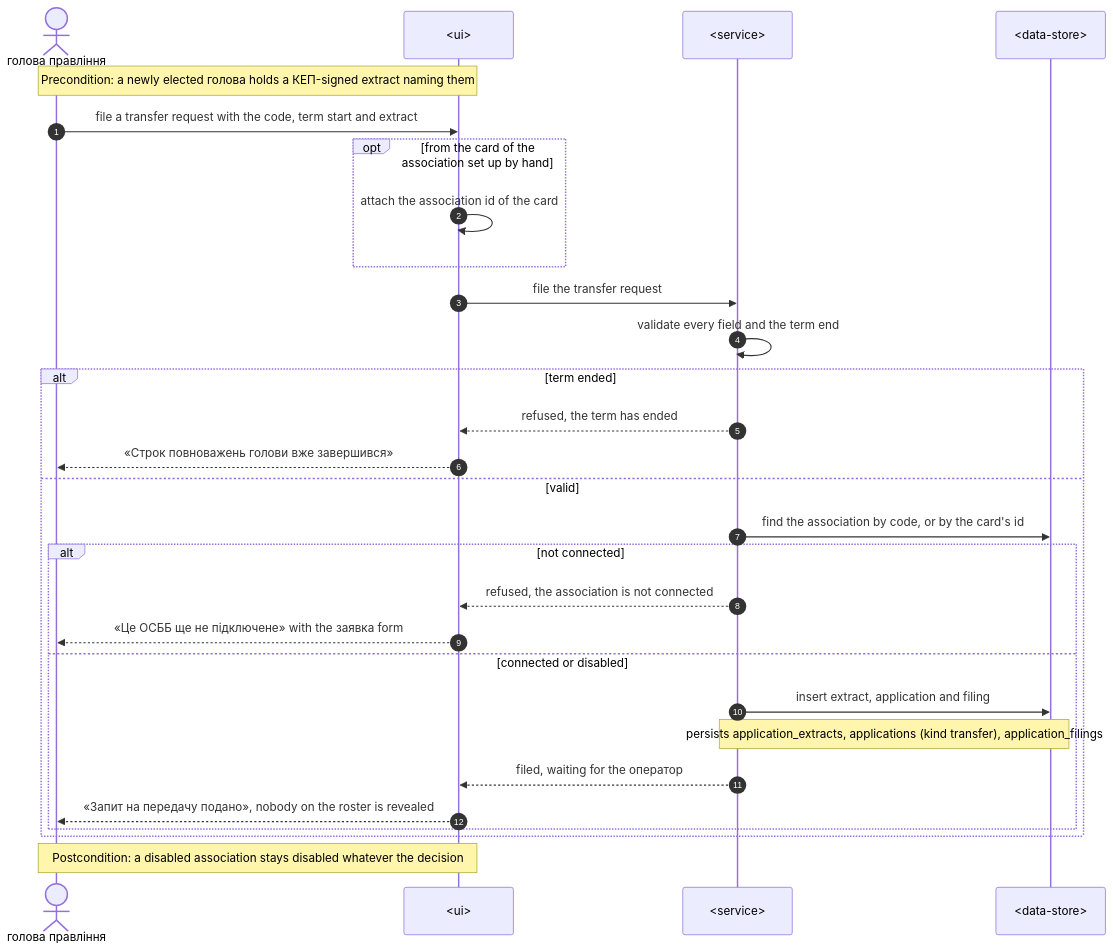
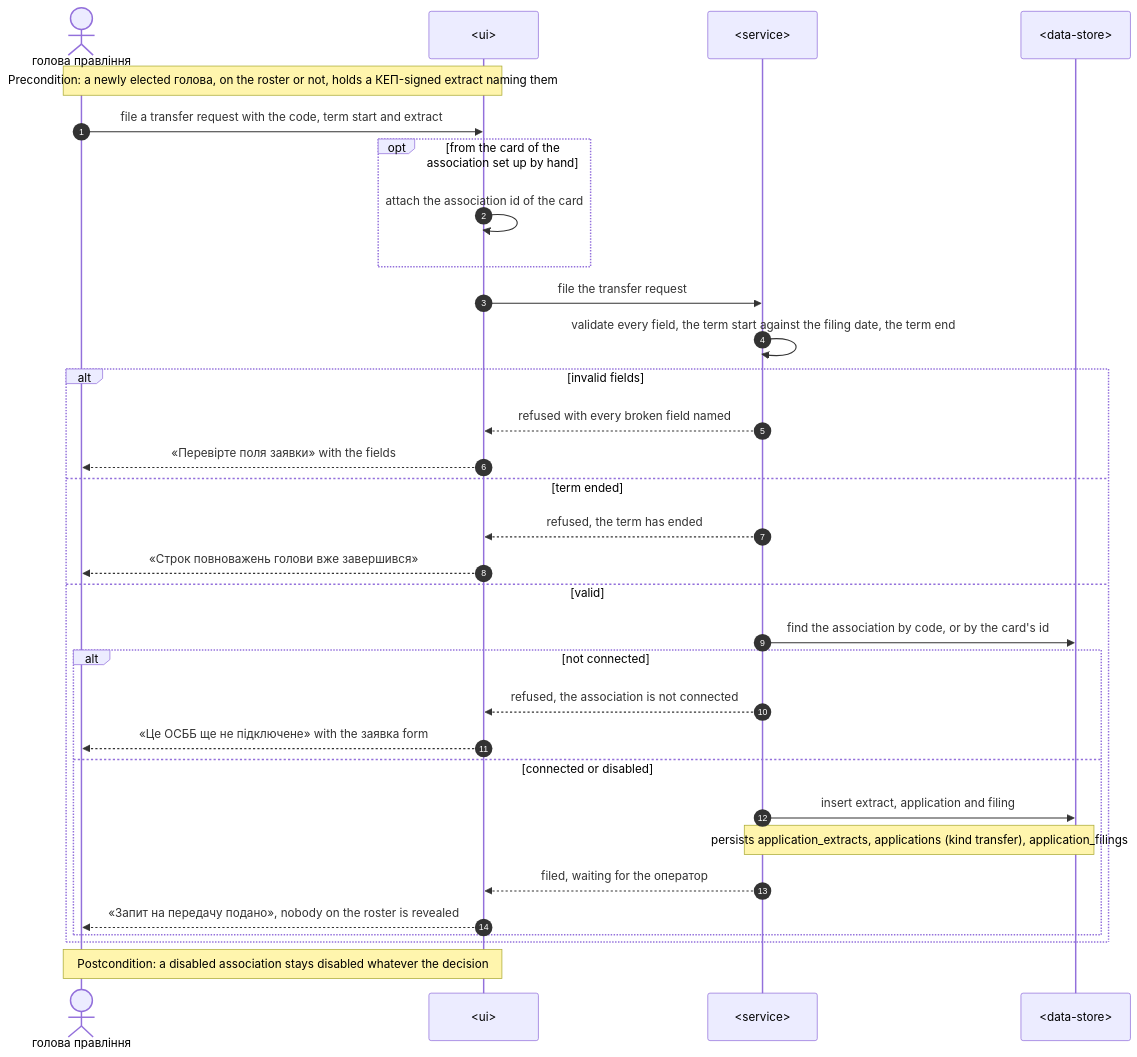
Before and after one commit to AndriiOpryshko/spilno: the eighth of 14 diagrams in docs/features/association-onboarding/sad.md, drawn with Mermaid. The commit also changed other lines of this file, not shown here.

First line of the commit message:
docs(onboarding): SAD §6 — own filing, re-seat and field checks

````diff
--- a/docs/features/association-onboarding/sad.md
+++ b/docs/features/association-onboarding/sad.md
@@ -318,31 +328,34 @@
 ```mermaid
 sequenceDiagram
     autonumber
     actor U as голова правління
     participant UI as <ui>
     participant S as <service>
     participant D as <data-store>
-    Note over U,UI: Precondition: a newly elected голова holds a КЕП-signed extract naming them
+    Note over U,UI: Precondition: a newly elected голова, on the roster or not, holds a КЕП-signed extract naming them
     U->>UI: file a transfer request with the code, term start and extract
     opt from the card of the association set up by hand
         UI->>UI: attach the association id of the card
     end
     UI->>S: file the transfer request
-    S->>S: validate every field and the term end
-    alt term ended
+    S->>S: validate every field, the term start against the filing date, the term end
+    alt invalid fields
+        S-->>UI: refused with every broken field named
+        UI-->>U: «Перевірте поля заявки» with the fields
+    else term ended
         S-->>UI: refused, the term has ended
         UI-->>U: «Строк повноважень голови вже завершився»
     else valid
         S->>D: find the association by code, or by the card's id
         alt not connected
             S-->>UI: refused, the association is not connected
             UI-->>U: «Це ОСББ ще не підключене» with the заявка form
         else connected or disabled
             S->>D: insert extract, application and filing
             Note over S,D: persists application_extracts, applications (kind transfer), application_filings
             S-->>UI: filed, waiting for the оператор
             UI-->>U: «Запит на передачу подано», nobody on the roster is revealed
         end
     end
     Note over U,UI: Postcondition: a disabled association stays disabled whatever the decision
 ```
````
